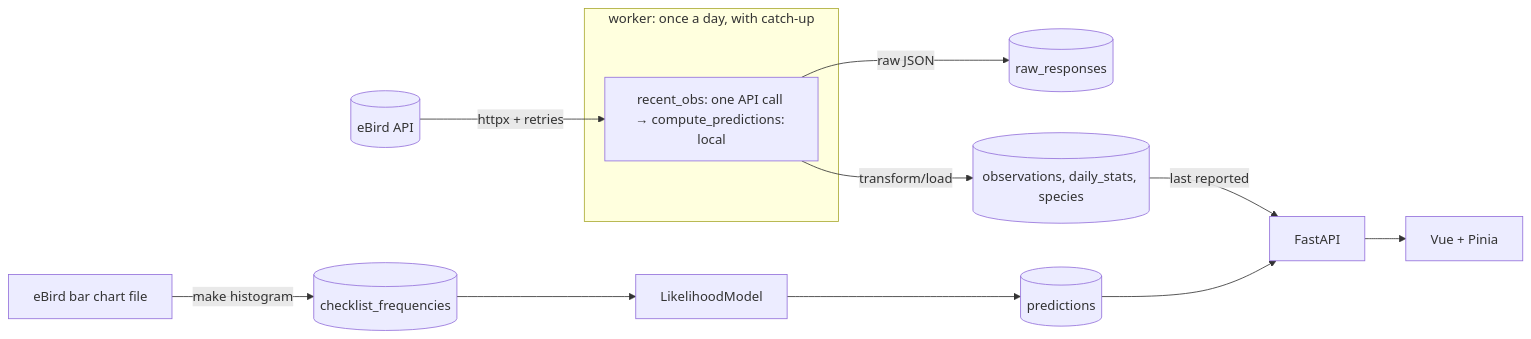
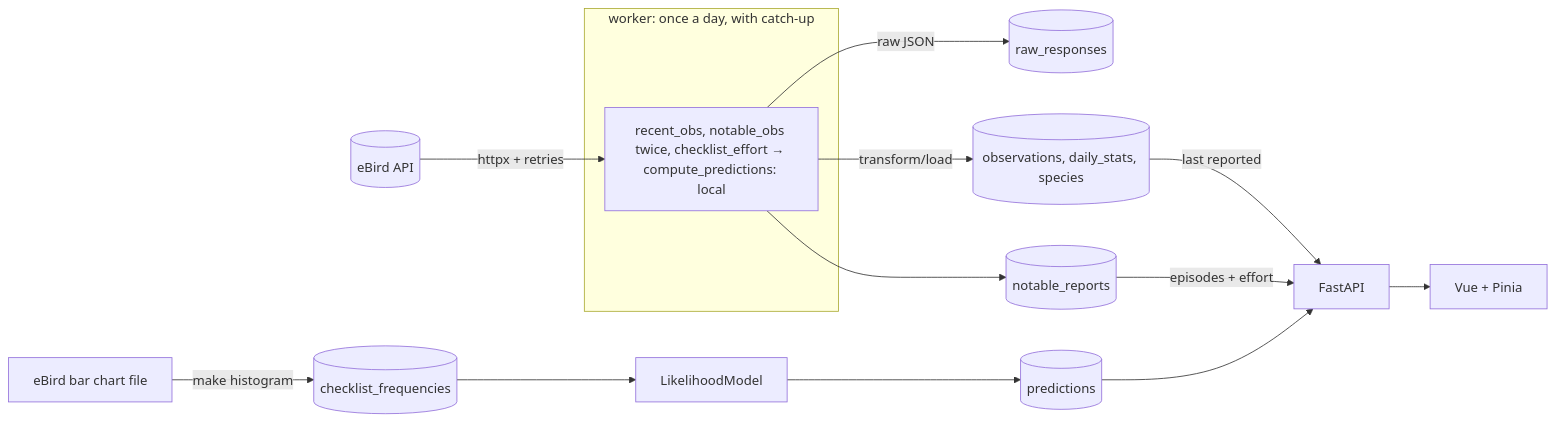
The diagram in README.md (Eleanor-Shellstrop/field-odds), drawn with Mermaid before and after one commit. The commit also changed other lines of this file and 33 other files, not shown here.

````diff
--- a/README.md
+++ b/README.md
@@ -17,15 +17,17 @@
 ```mermaid
 flowchart LR
     eBird[(eBird API)] -->|httpx + retries| Jobs
     subgraph worker [worker: once a day, with catch-up]
-        Jobs[recent_obs: one API call → compute_predictions: local]
+        Jobs[recent_obs, notable_obs twice, checklist_effort → compute_predictions: local]
     end
     Jobs -->|raw JSON| Raw[(raw_responses)]
     Jobs -->|transform/load| Obs[(observations, daily_stats, species)]
     Hist[eBird bar chart file] -->|make histogram| Freq[(checklist_frequencies)]
     Freq --> Model[LikelihoodModel]
     Obs -->|last reported| API
+    Jobs --> Notable[(notable_reports)]
+    Notable -->|episodes + effort| API
     Model --> Pred[(predictions)]
     Pred --> API[FastAPI]
     API --> Web[Vue + Pinia]
 ```
````
